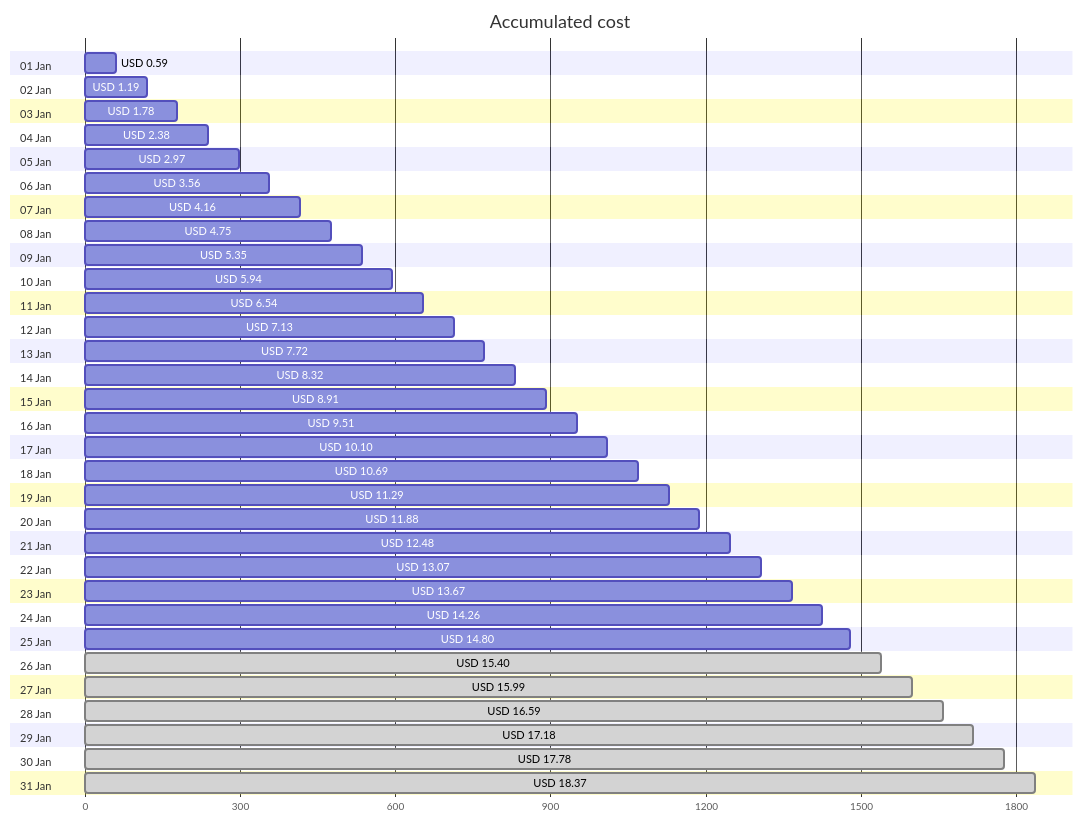
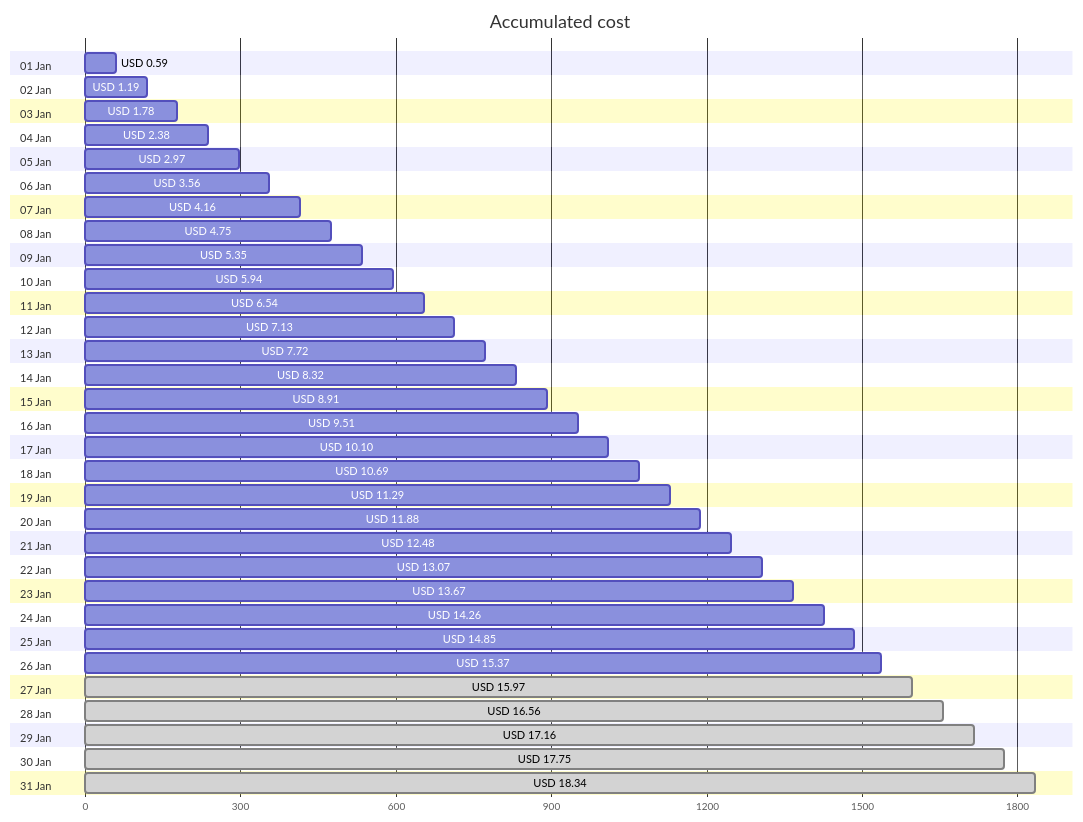
Before and after one commit to jpfulton/azure-personal-reports: the first of 4 diagrams in cost-reports/personal-site/README.md, drawn with Mermaid. The commit also changed other lines of this file and 7 other files, not shown here.

````diff
--- a/cost-reports/personal-site/README.md
+++ b/cost-reports/personal-site/README.md
@@ -20,68 +20,68 @@
 ```mermaid
 gantt
    title Accumulated cost
    dateFormat  X
    axisFormat %s
    section 01 Jan
    USD 0.59 :0, 59
    section 02 Jan
    USD 1.19 :0, 119
    section 03 Jan
    USD 1.78 :0, 178
    section 04 Jan
    USD 2.38 :0, 238
    section 05 Jan
    USD 2.97 :0, 297
    section 06 Jan
    USD 3.56 :0, 356
    section 07 Jan
    USD 4.16 :0, 416
    section 08 Jan
    USD 4.75 :0, 475
    section 09 Jan
    USD 5.35 :0, 535
    section 10 Jan
    USD 5.94 :0, 594
    section 11 Jan
    USD 6.54 :0, 654
    section 12 Jan
    USD 7.13 :0, 713
    section 13 Jan
    USD 7.72 :0, 772
    section 14 Jan
    USD 8.32 :0, 832
    section 15 Jan
    USD 8.91 :0, 891
    section 16 Jan
    USD 9.51 :0, 951
    section 17 Jan
    USD 10.10 :0, 1010
    section 18 Jan
    USD 10.69 :0, 1069
    section 19 Jan
    USD 11.29 :0, 1129
    section 20 Jan
    USD 11.88 :0, 1188
    section 21 Jan
    USD 12.48 :0, 1248
    section 22 Jan
    USD 13.07 :0, 1307
    section 23 Jan
    USD 13.67 :0, 1367
    section 24 Jan
    USD 14.26 :0, 1426
    section 25 Jan
-   USD 14.80 :0, 1480
+   USD 14.85 :0, 1485
    section 26 Jan
-   USD 15.40 : done, 0, 1540
+   USD 15.37 :0, 1537
    section 27 Jan
-   USD 15.99 : done, 0, 1599
+   USD 15.97 : done, 0, 1597
    section 28 Jan
-   USD 16.59 : done, 0, 1659
+   USD 16.56 : done, 0, 1656
    section 29 Jan
-   USD 17.18 : done, 0, 1718
+   USD 17.16 : done, 0, 1716
    section 30 Jan
-   USD 17.78 : done, 0, 1778
+   USD 17.75 : done, 0, 1775
    section 31 Jan
-   USD 18.37 : done, 0, 1837
+   USD 18.34 : done, 0, 1834
 ```
````
